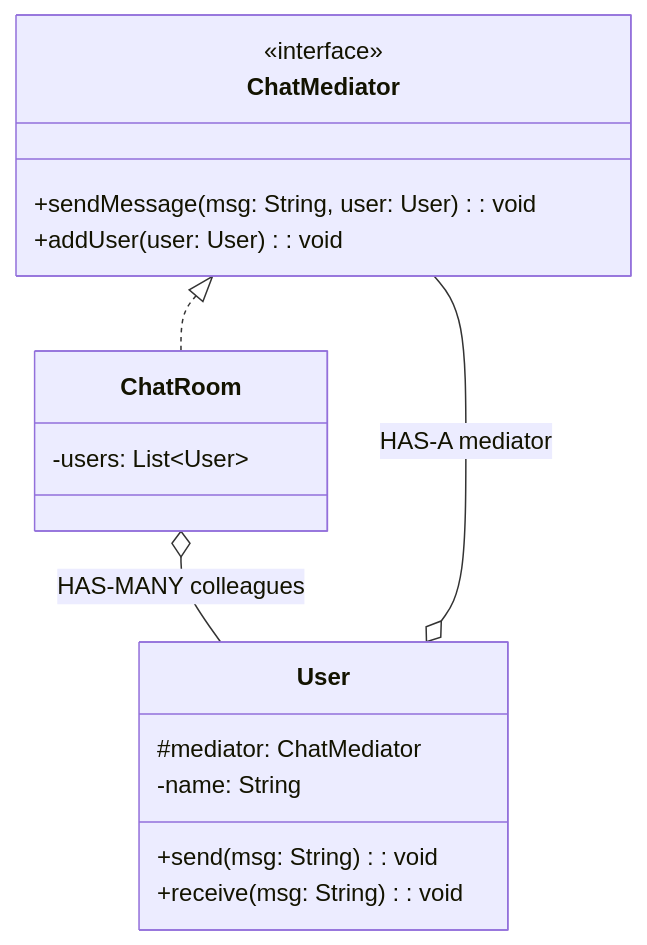
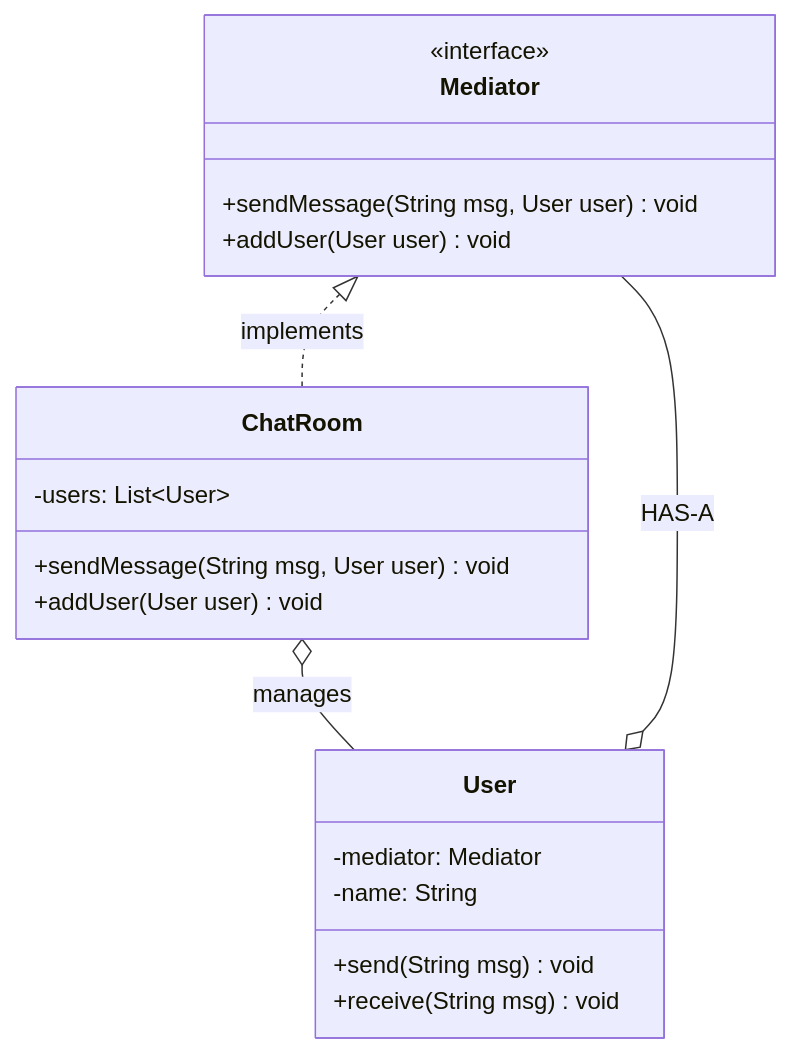
One commit to shubhamc521/Evolve-LLD-EV9 changed the diagram in DesignPatterns/Behavioral/08_mediator.md. Above: the diagram before and after it, drawn with Mermaid. The commit also changed other lines of this file and 9 other files, not shown here.

````diff
--- a/DesignPatterns/Behavioral/08_mediator.md
+++ b/DesignPatterns/Behavioral/08_mediator.md
@@ -38,23 +12,25 @@
 ```mermaid
 classDiagram
-    class ChatMediator {
+    class Mediator {
         <<interface>>
-        +sendMessage(msg: String, user: User): void
-        +addUser(user: User): void
+        +sendMessage(String msg, User user) void
+        +addUser(User user) void
     }
     
     class ChatRoom {
         -users: List~User~
+        +sendMessage(String msg, User user) void
+        +addUser(User user) void
     }
     
     class User {
-        #mediator: ChatMediator
+        -mediator: Mediator
         -name: String
-        +send(msg: String): void
-        +receive(msg: String): void
+        +send(String msg) void
+        +receive(String msg) void
     }
     
-    ChatMediator <|.. ChatRoom
-    User o-- ChatMediator : HAS-A mediator
-    ChatRoom o-- User : HAS-MANY colleagues
+    Mediator <|.. ChatRoom : implements
+    ChatRoom o-- User : manages
+    User o-- Mediator : HAS-A
 ```
````
